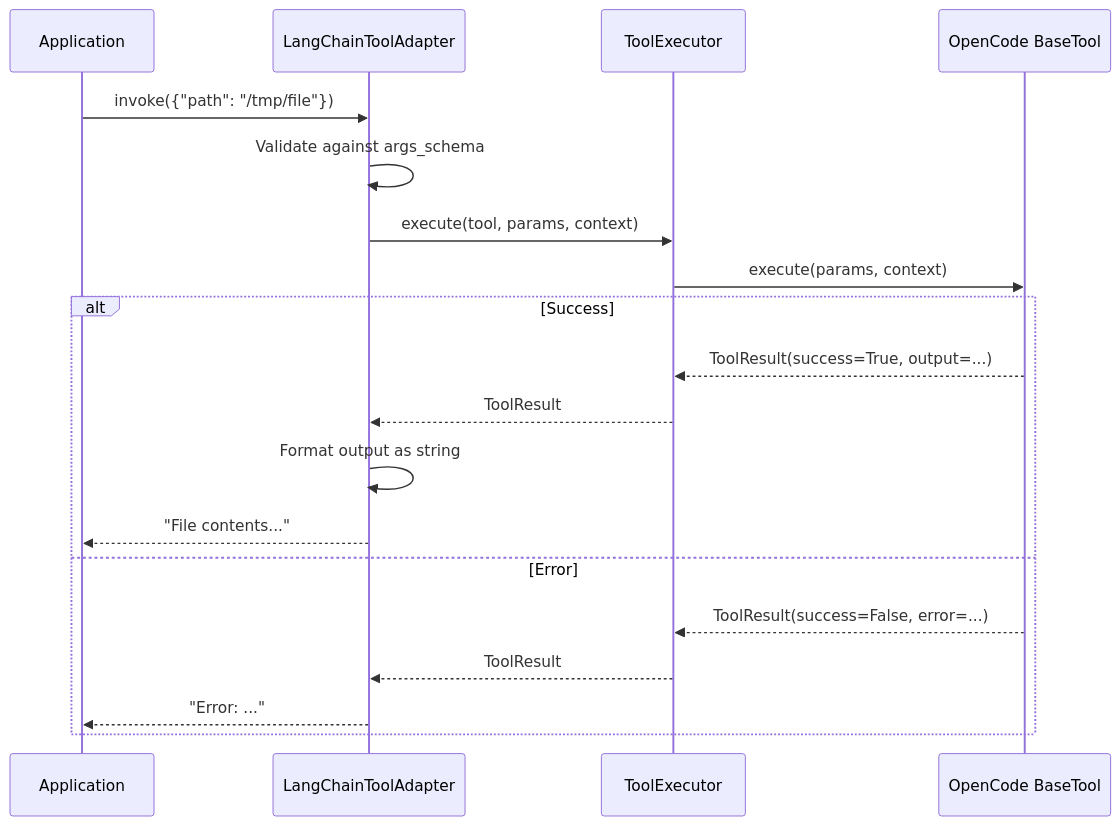
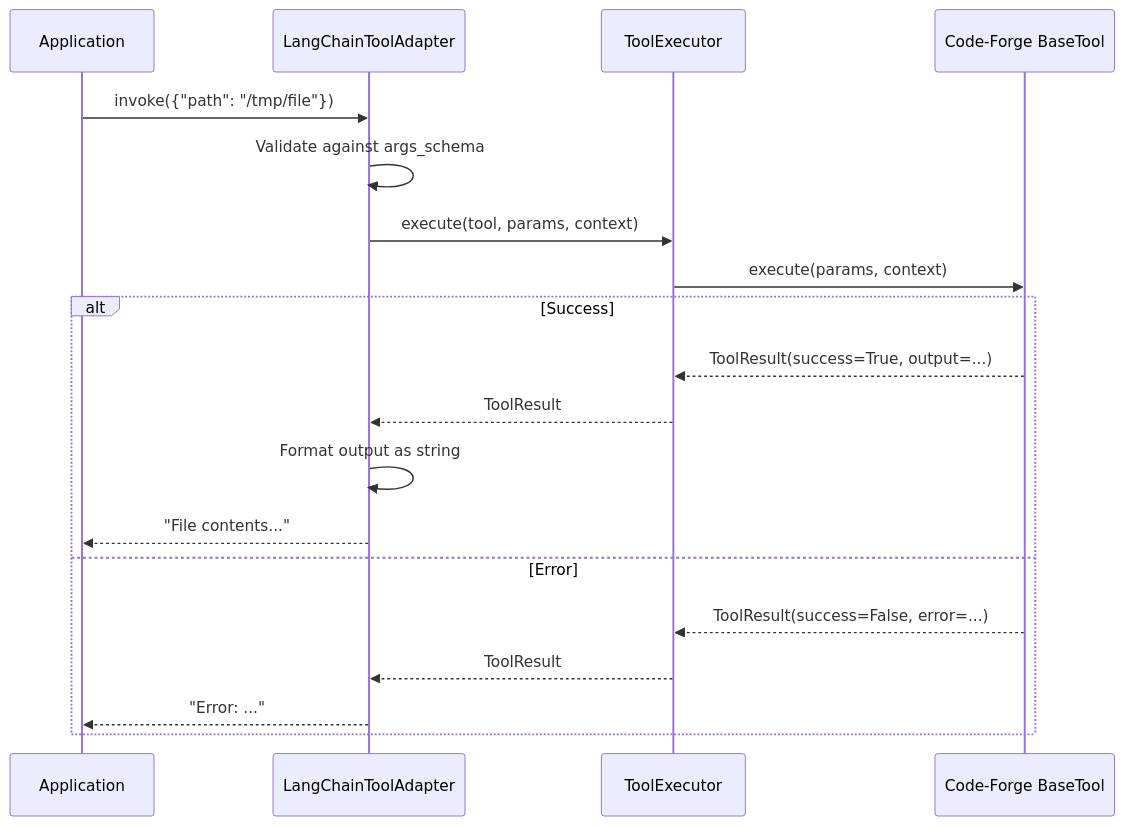
One commit to corey-rosamond/Code-Forge changed the eighth of 14 diagrams in .ai/phase/3.2/UML.md. Above: the diagram before and after it, drawn with Mermaid. The commit also changed other lines of this file and 505 other files, not shown here.

First line of the commit message:
Rename project from OpenCode to Code-Forge

````diff
--- a/.ai/phase/3.2/UML.md
+++ b/.ai/phase/3.2/UML.md
@@ -374,25 +374,25 @@
 ```mermaid
 sequenceDiagram
     participant App as Application
     participant Adapter as LangChainToolAdapter
     participant Executor as ToolExecutor
-    participant OCTool as OpenCode BaseTool
+    participant OCTool as Code-Forge BaseTool
 
     App->>Adapter: invoke({"path": "/tmp/file"})
 
     Adapter->>Adapter: Validate against args_schema
 
     Adapter->>Executor: execute(tool, params, context)
     Executor->>OCTool: execute(params, context)
 
     alt Success
         OCTool-->>Executor: ToolResult(success=True, output=...)
         Executor-->>Adapter: ToolResult
         Adapter->>Adapter: Format output as string
         Adapter-->>App: "File contents..."
     else Error
         OCTool-->>Executor: ToolResult(success=False, error=...)
         Executor-->>Adapter: ToolResult
         Adapter-->>App: "Error: ..."
     end
 ```
````
